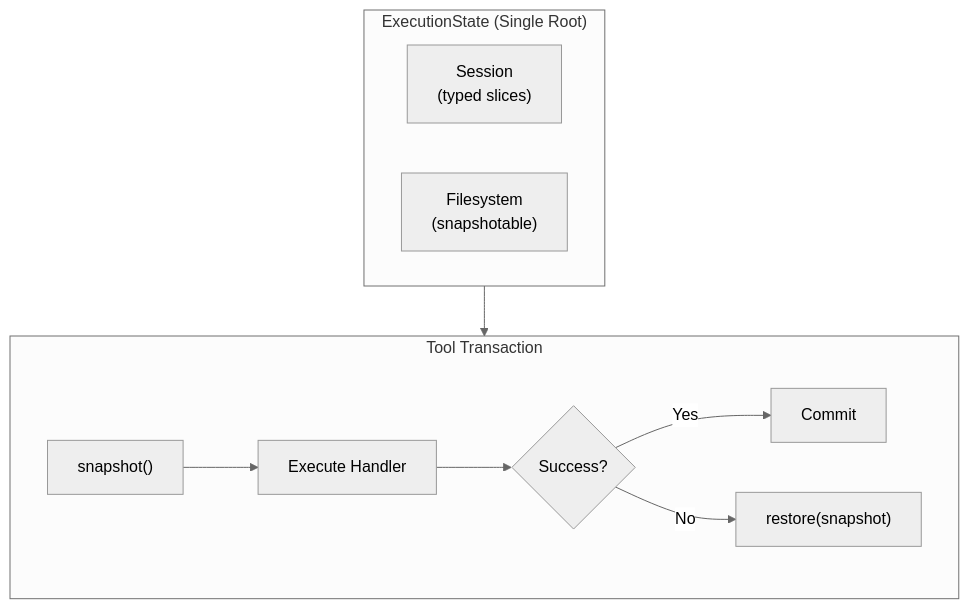
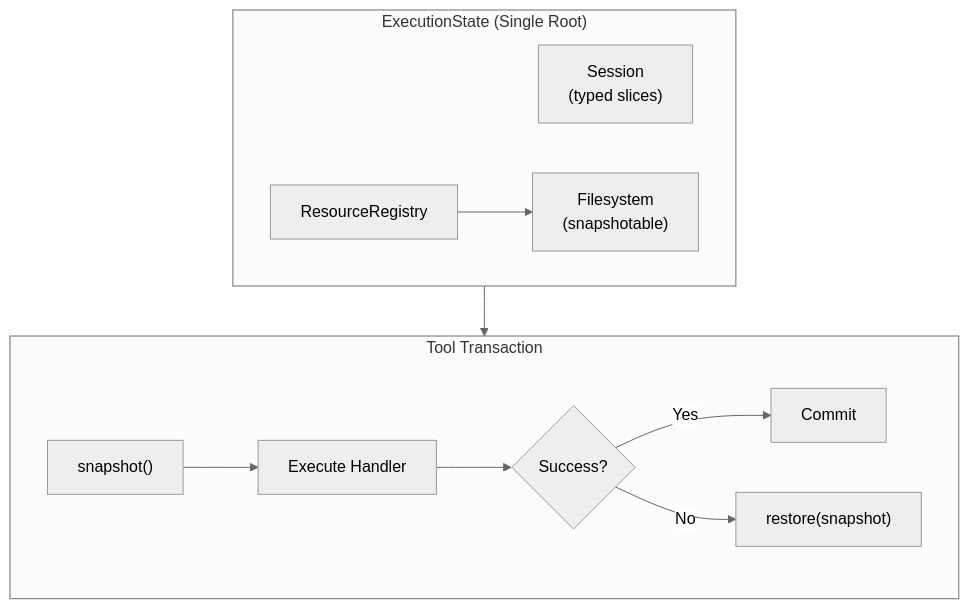
Before and after one commit to weakincentives/weakincentives: the first of 2 diagrams in specs/EXECUTION_STATE.md, drawn with Mermaid (neutral theme). The commit also changed other lines of this file, not shown here.

First line of the commit message:
Restore ResourceRegistry and refactor Session to implement Snapshotable

````diff
--- a/specs/EXECUTION_STATE.md
+++ b/specs/EXECUTION_STATE.md
@@ -24,16 +24,17 @@
 ```mermaid
 flowchart TB
     subgraph ExecutionState["ExecutionState (Single Root)"]
         Session["Session<br/>(typed slices)"]
-        Filesystem["Filesystem<br/>(snapshotable)"]
+        Resources["ResourceRegistry"]
+        Resources --> Filesystem["Filesystem<br/>(snapshotable)"]
     end
 
     subgraph Transaction["Tool Transaction"]
         Pre["snapshot()"] --> Execute["Execute Handler"]
         Execute --> Success{"Success?"}
         Success -->|Yes| Commit["Commit"]
         Success -->|No| Restore["restore(snapshot)"]
     end
 
     ExecutionState --> Transaction
 ```
````
